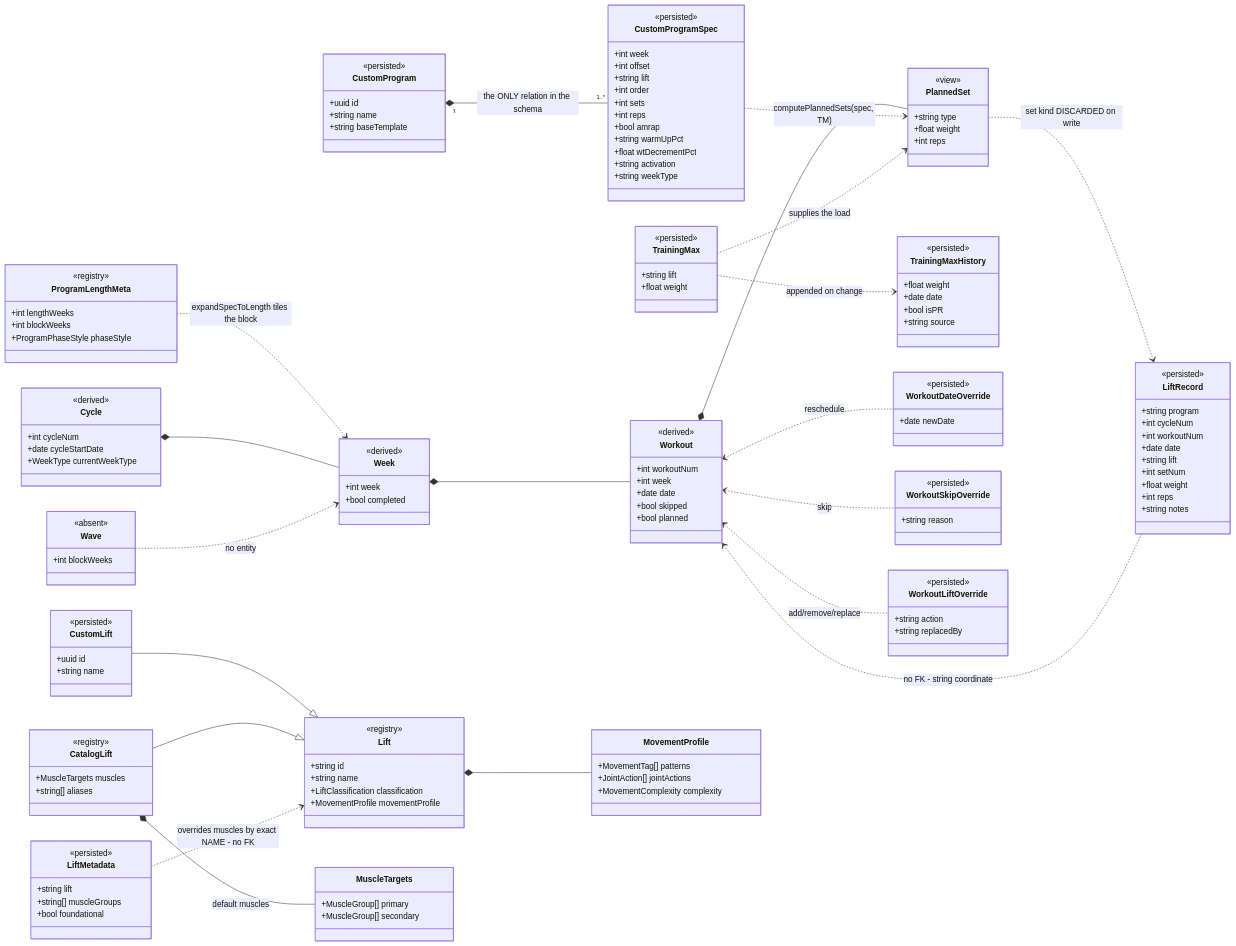
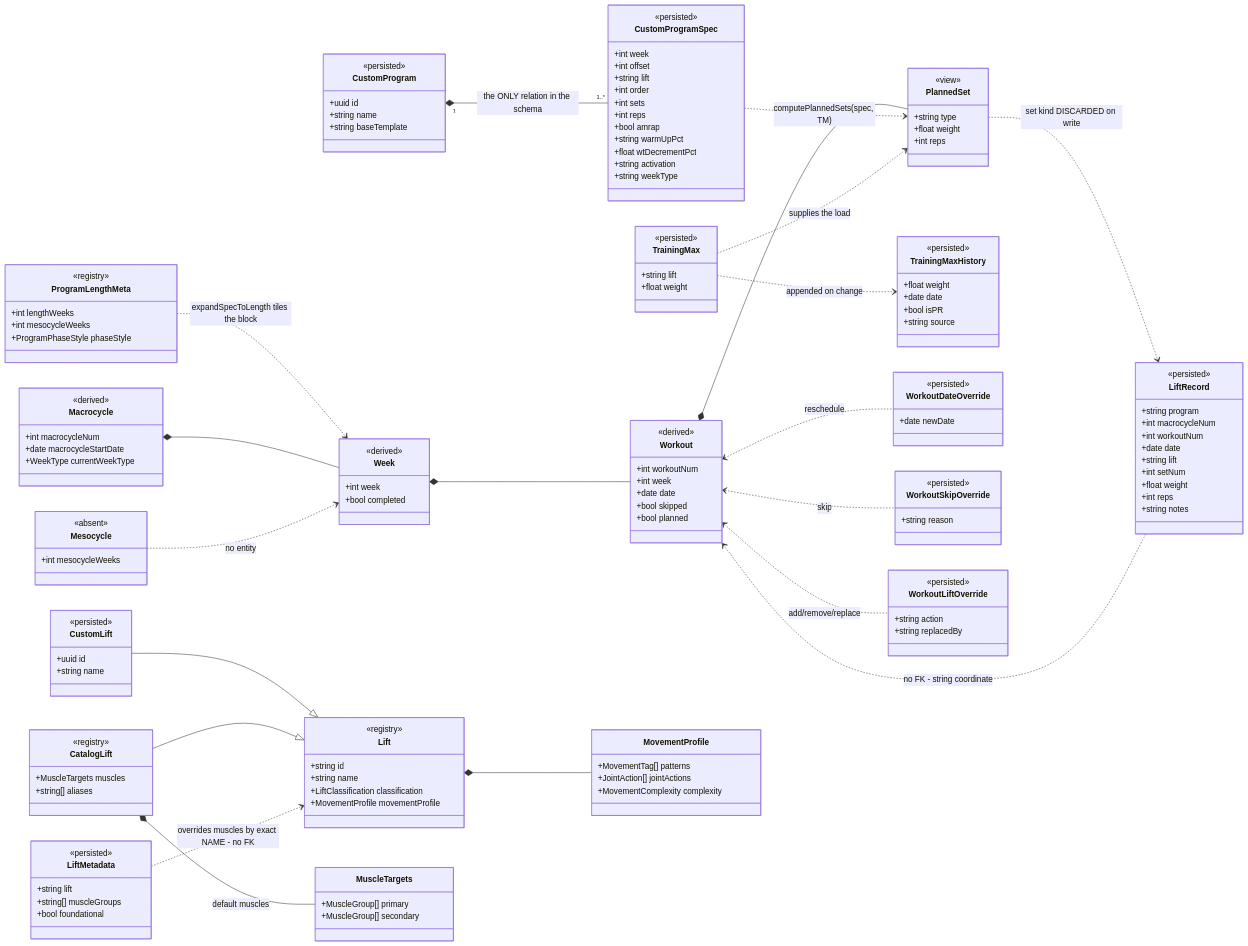
One commit to merickvaughn/lifting-logbook changed the diagram in docs/domain-model.md. Above: the diagram before and after it, drawn with Mermaid. The commit also changed other lines of this file and 312 other files, not shown here.

First line of the commit message:
[refactor] Adopt macrocycle/mesocycle vocabulary and add a glossary (repo + in-app) (#1041)

```diff
--- a/docs/domain-model.md
+++ b/docs/domain-model.md
@@ -301,7 +306,7 @@
     class ProgramLengthMeta {
         <<registry>>
         +int lengthWeeks
-        +int blockWeeks
+        +int mesocycleWeeks
         +ProgramPhaseStyle phaseStyle
     }
     class CustomProgram {
@@ -325,10 +330,10 @@
         +string weekType
     }
 
-    class Cycle {
+    class Macrocycle {
         <<derived>>
-        +int cycleNum
-        +date cycleStartDate
+        +int macrocycleNum
+        +date macrocycleStartDate
         +WeekType currentWeekType
     }
     class Week {
@@ -336,9 +341,9 @@
         +int week
         +bool completed
     }
-    class Wave {
+    class Mesocycle {
         <<absent>>
-        +int blockWeeks
+        +int mesocycleWeeks
     }
     class Workout {
         <<derived>>
@@ -358,7 +363,7 @@
     class LiftRecord {
         <<persisted>>
         +string program
-        +int cycleNum
+        +int macrocycleNum
         +int workoutNum
         +date date
         +string lift
@@ -429,9 +434,9 @@
 
     CustomProgram "1" *-- "1..*" CustomProgramSpec : the ONLY relation in the schema
     ProgramLengthMeta ..> Week : expandSpecToLength tiles the block
-    Cycle *-- Week
+    Macrocycle *-- Week
     Week *-- Workout
-    Wave ..> Week : no entity
+    Mesocycle ..> Week : no entity
     Workout *-- PlannedSet
     CustomProgramSpec ..> PlannedSet : computePlannedSets(spec, TM)
     TrainingMax ..> PlannedSet : supplies the load
```
